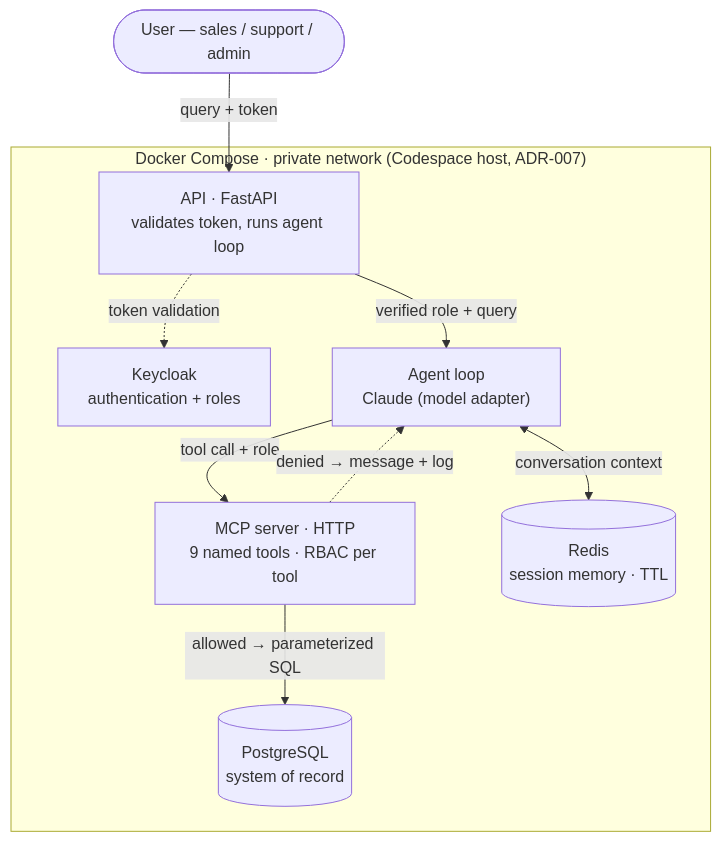
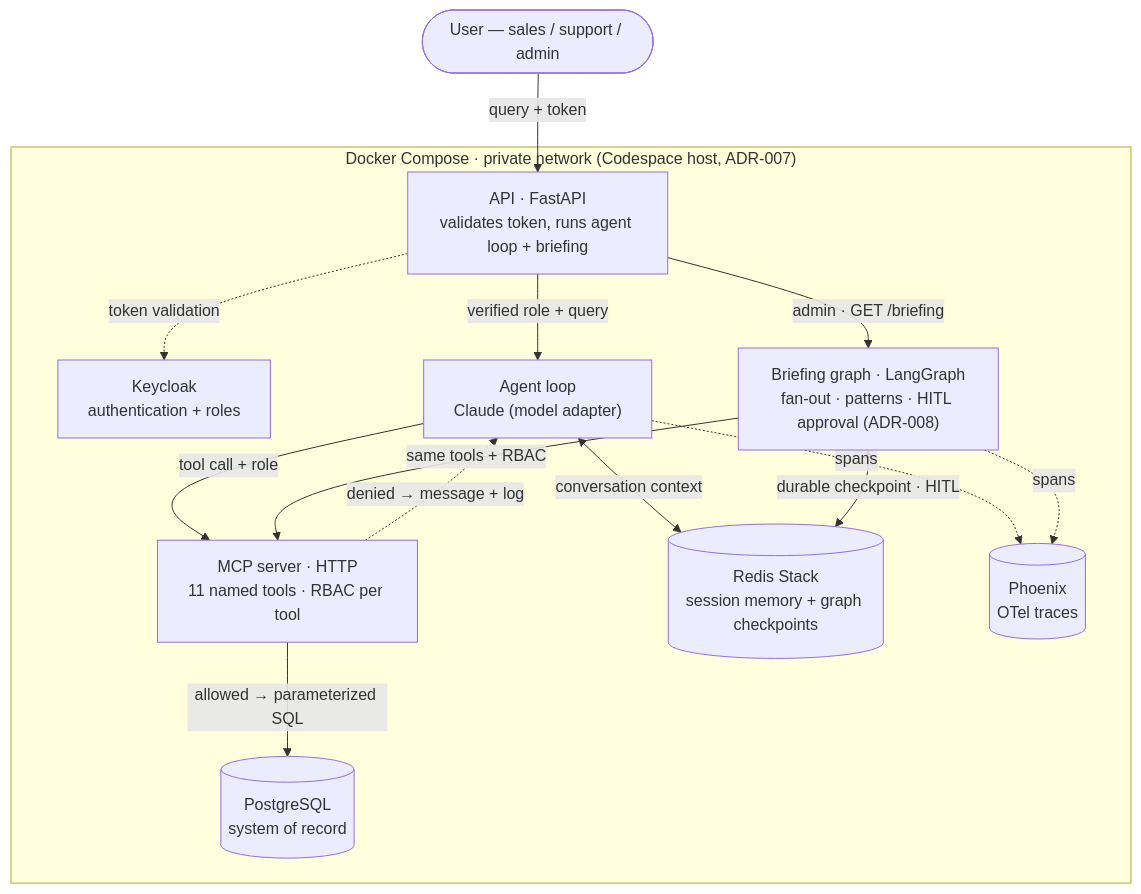
The diagram in Vantage-vault/04-Architecture.md (BenjaminIkpe/Vantage), drawn with Mermaid before and after one commit. The commit also changed other lines of this file and 19 other files, not shown here.

First line of the commit message:
feat: proactive admin briefing (LangGraph hybrid) + bonus tracing (ADR-008) (#38)

````diff
--- a/Vantage-vault/04-Architecture.md
+++ b/Vantage-vault/04-Architecture.md
@@ -74,21 +78,28 @@
 ```mermaid
 flowchart TD
     User(["User — sales / support / admin"])
 
     subgraph Stack["Docker Compose · private network (Codespace host, ADR-007)"]
-        API["API · FastAPI<br/>validates token, runs agent loop"]
+        API["API · FastAPI<br/>validates token, runs agent loop + briefing"]
         KC["Keycloak<br/>authentication + roles"]
         Loop["Agent loop<br/>Claude (model adapter)"]
-        MCP["MCP server · HTTP<br/>9 named tools · RBAC per tool"]
-        Redis[("Redis<br/>session memory · TTL")]
+        Brief["Briefing graph · LangGraph<br/>fan-out · patterns · HITL approval (ADR-008)"]
+        MCP["MCP server · HTTP<br/>11 named tools · RBAC per tool"]
+        Redis[("Redis Stack<br/>session memory + graph checkpoints")]
         PG[("PostgreSQL<br/>system of record")]
+        PX[("Phoenix<br/>OTel traces")]
     end
 
     User -->|"query + token"| API
     API -.->|"token validation"| KC
     API -->|"verified role + query"| Loop
+    API -->|"admin · GET /briefing"| Brief
     Loop <-->|"conversation context"| Redis
+    Brief <-->|"durable checkpoint · HITL"| Redis
     Loop -->|"tool call + role"| MCP
+    Brief -->|"same tools + RBAC"| MCP
     MCP -->|"allowed → parameterized SQL"| PG
     MCP -.->|"denied → message + log"| Loop
+    Loop -.->|"spans"| PX
+    Brief -.->|"spans"| PX
 ```
````
